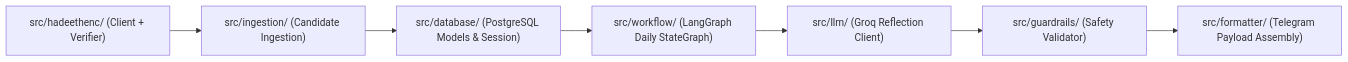
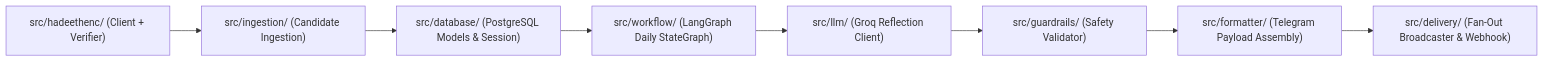
One commit to Amankhan1009/daily-hadith-ai-agent changed the diagram in src/README.md. Above: the diagram before and after it, drawn with Mermaid. The commit also changed other lines of this file and 22 other files, not shown here.

Commit message:
feat(delivery): implement public Telegram webhook, subscriber persistence, and multi-user fan-out delivery

````diff
--- a/src/README.md
+++ b/src/README.md
@@ -26,9 +27,10 @@
 ```mermaid
 flowchart LR
     HadeethEnc["src/hadeethenc/ (Client + Verifier)"] --> Ingestion["src/ingestion/ (Candidate Ingestion)"]
     Ingestion --> DB["src/database/ (PostgreSQL Models & Session)"]
     DB --> Workflow["src/workflow/ (LangGraph Daily StateGraph)"]
     Workflow --> LLM["src/llm/ (Groq Reflection Client)"]
     LLM --> Guardrails["src/guardrails/ (Safety Validator)"]
     Guardrails --> Formatter["src/formatter/ (Telegram Payload Assembly)"]
+    Formatter --> Delivery["src/delivery/ (Fan-Out Broadcaster & Webhook)"]
 ```
````
